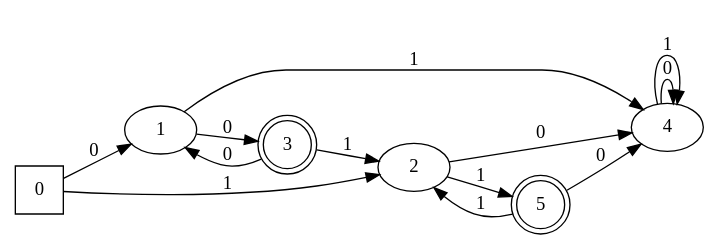
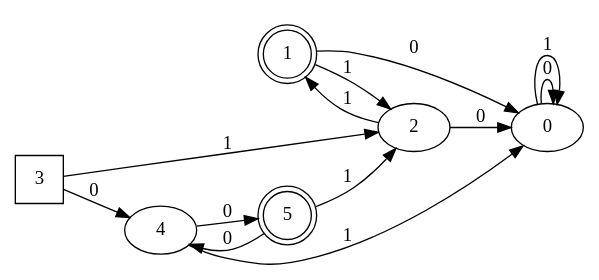
One commit to jav-ram/compis1 changed the diagram in graphs/afd/(0.0)*.(1.1)*.dot. Above: the diagram before and after it, drawn with Graphviz. The commit also changed 46 other files, not shown here.

```diff
--- a/graphs/afd/(0.0)*.(1.1)*.dot
+++ b/graphs/afd/(0.0)*.(1.1)*.dot
@@ -1,22 +1,22 @@
 digraph G {
 	rankdir=LR;
-	0->1[ label=0 ];
-	0->2[ label=1 ];
-	1->3[ label=0 ];
-	1->4[ label=1 ];
-	2->4[ label=0 ];
-	2->5[ label=1 ];
-	3->1[ label=0 ];
+	0->0[ label=0 ];
+	0->0[ label=1 ];
+	1->0[ label=0 ];
+	1->2[ label=1 ];
+	3->4[ label=0 ];
 	3->2[ label=1 ];
-	4->4[ label=0 ];
-	4->4[ label=1 ];
+	4->5[ label=0 ];
+	4->0[ label=1 ];
+	2->0[ label=0 ];
+	2->1[ label=1 ];
 	5->4[ label=0 ];
 	5->2[ label=1 ];
-	0 [ shape=square ];
-	1;
+	0;
+	1 [ shape=doublecircle ];
 	2;
-	3 [ shape=doublecircle ];
+	3 [ shape=square ];
 	4;
 	5 [ shape=doublecircle ];
 
 }
```
